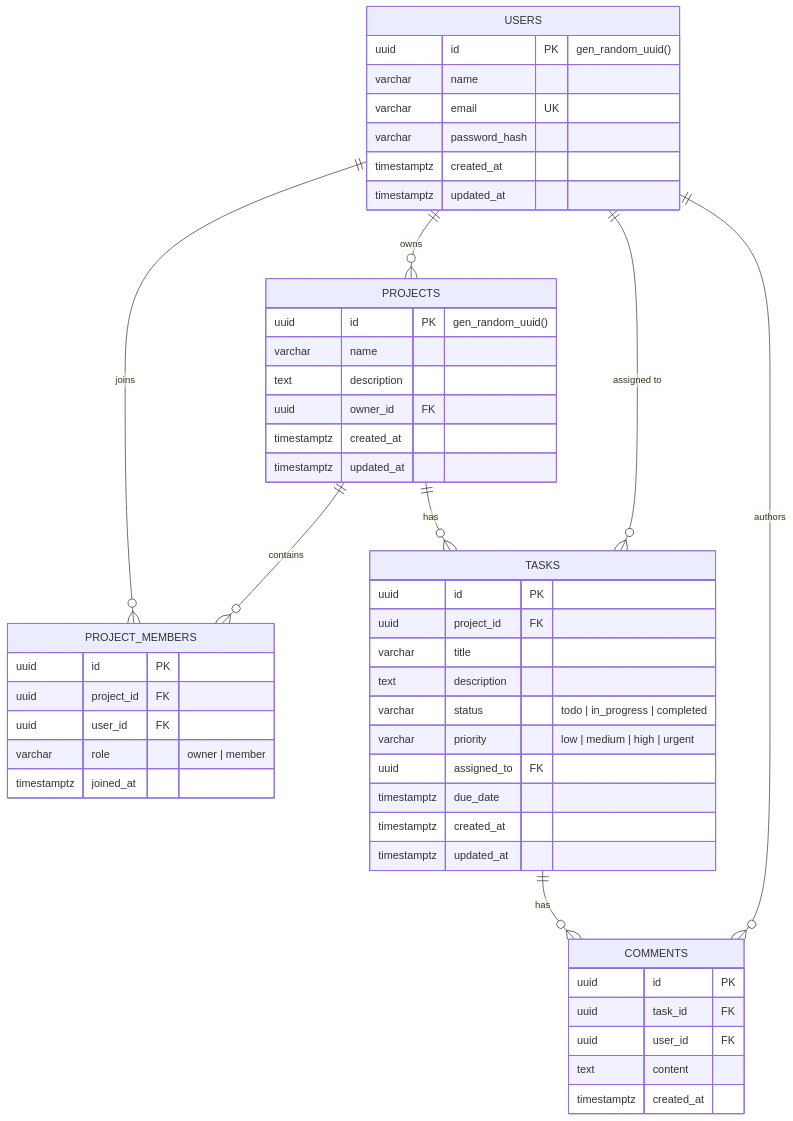
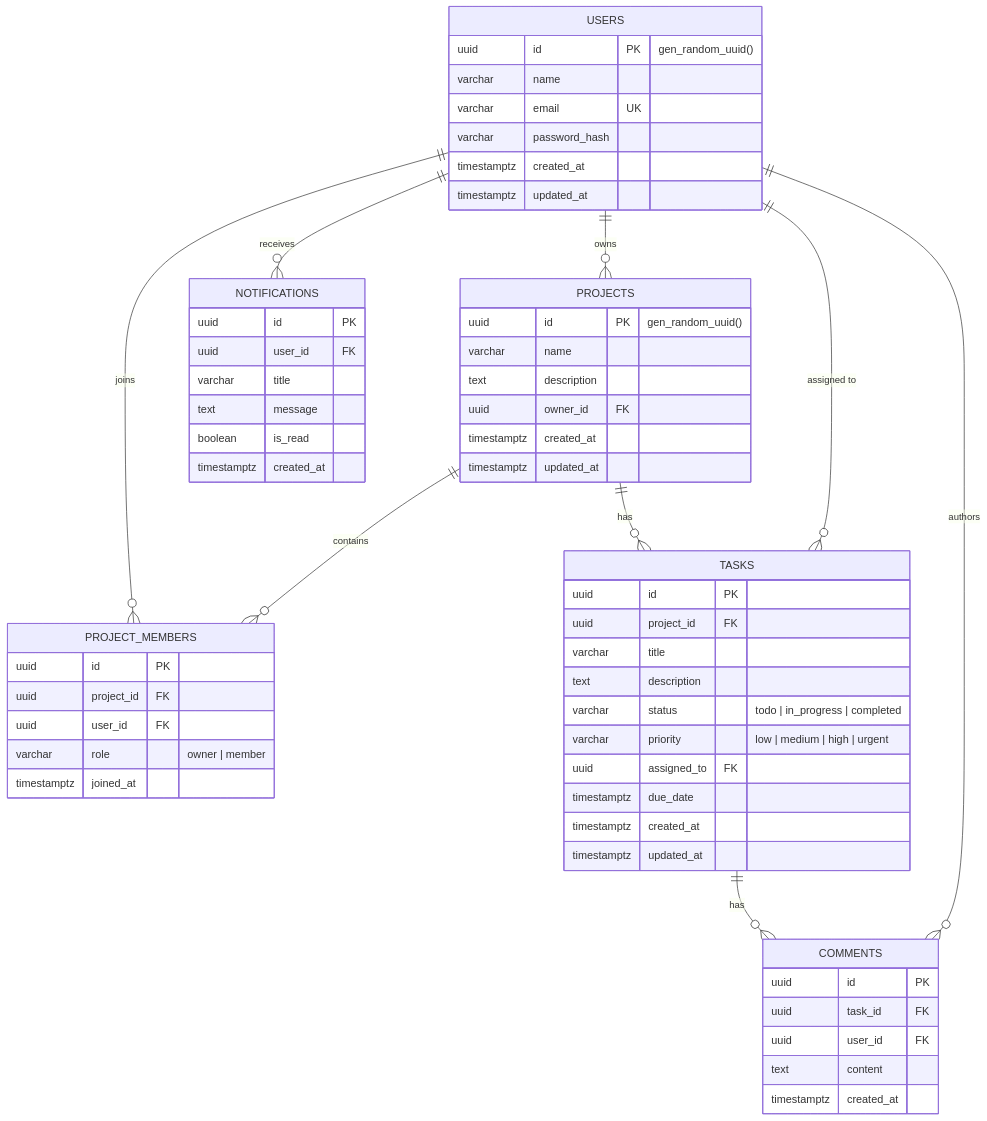
Before and after one commit to khoirirrosikin/task-management: the diagram in README.md, drawn with Mermaid. The commit also changed other lines of this file and 13 other files, not shown here.

````diff
--- a/README.md
+++ b/README.md
@@ -149,57 +159,67 @@
 ```mermaid
 erDiagram
     USERS ||--o{ PROJECTS : "owns"
     USERS ||--o{ PROJECT_MEMBERS : "joins"
     PROJECTS ||--o{ PROJECT_MEMBERS : "contains"
     PROJECTS ||--o{ TASKS : "has"
     USERS ||--o{ TASKS : "assigned to"
     TASKS ||--o{ COMMENTS : "has"
     USERS ||--o{ COMMENTS : "authors"
+    USERS ||--o{ NOTIFICATIONS : "receives"
 
     USERS {
         uuid id PK "gen_random_uuid()"
         varchar name
         varchar email UK
         varchar password_hash
         timestamptz created_at
         timestamptz updated_at
     }
 
     PROJECTS {
         uuid id PK "gen_random_uuid()"
         varchar name
         text description
         uuid owner_id FK
         timestamptz created_at
         timestamptz updated_at
     }
 
     PROJECT_MEMBERS {
         uuid id PK
         uuid project_id FK
         uuid user_id FK
         varchar role "owner | member"
         timestamptz joined_at
     }
 
     TASKS {
         uuid id PK
         uuid project_id FK
         varchar title
         text description
         varchar status "todo | in_progress | completed"
         varchar priority "low | medium | high | urgent"
         uuid assigned_to FK
         timestamptz due_date
         timestamptz created_at
         timestamptz updated_at
     }
 
     COMMENTS {
         uuid id PK
         uuid task_id FK
         uuid user_id FK
         text content
         timestamptz created_at
     }
+
+    NOTIFICATIONS {
+        uuid id PK
+        uuid user_id FK
+        varchar title
+        text message
+        boolean is_read
+        timestamptz created_at
+    }
 ```
````
